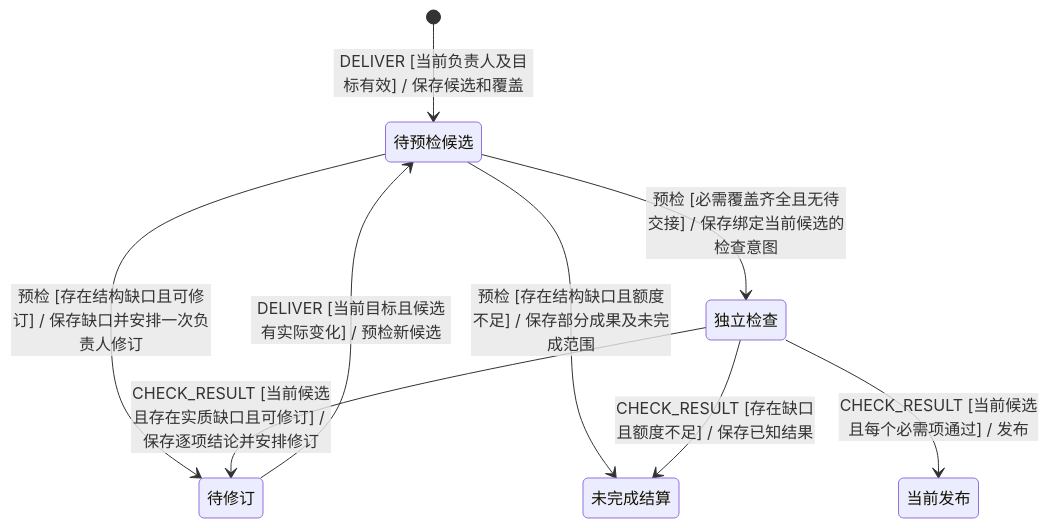
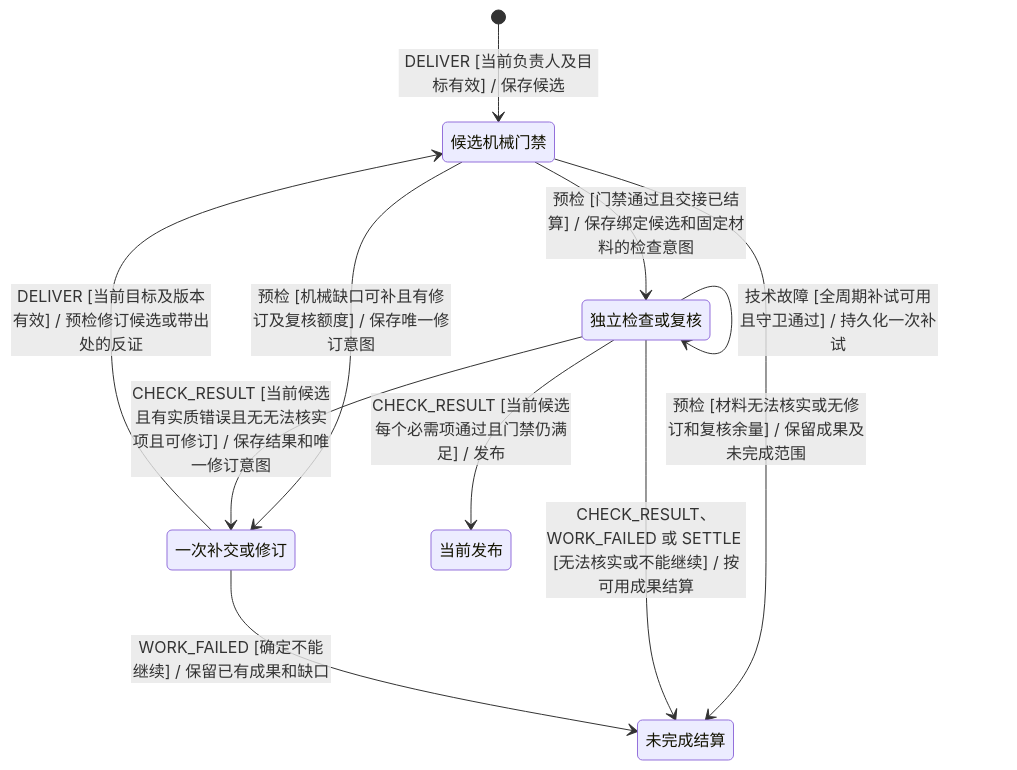
Before and after one commit to kejun/squad: diagram 12 of 43 in docs/state-diagrams.md, drawn with Mermaid. The commit also changed other lines of this file and 93 other files, not shown here.

````diff
--- a/docs/state-diagrams.md
+++ b/docs/state-diagrams.md
@@ -278,16 +278,18 @@
 ```mermaid
 stateDiagram-v2
-    state "待预检候选" as Candidate
-    state "待修订" as Revision
-    state "独立检查" as Check
+    state "候选机械门禁" as Candidate
+    state "一次补交或修订" as Revision
+    state "独立检查或复核" as Check
     state "当前发布" as Published
     state "未完成结算" as Incomplete
-    [*] --> Candidate: DELIVER [当前负责人及目标有效] / 保存候选和覆盖
-    Candidate --> Revision: 预检 [存在结构缺口且可修订] / 保存缺口并安排一次负责人修订
-    Candidate --> Incomplete: 预检 [存在结构缺口且额度不足] / 保存部分成果及未完成范围
-    Candidate --> Check: 预检 [必需覆盖齐全且无待交接] / 保存绑定当前候选的检查意图
-    Check --> Revision: CHECK_RESULT [当前候选且存在实质缺口且可修订] / 保存逐项结论并安排修订
-    Check --> Published: CHECK_RESULT [当前候选且每个必需项通过] / 发布
-    Check --> Incomplete: CHECK_RESULT [存在缺口且额度不足] / 保存已知结果
-    Revision --> Candidate: DELIVER [当前目标且候选有实际变化] / 预检新候选
+    [*] --> Candidate: DELIVER [当前负责人及目标有效] / 保存候选
+    Candidate --> Revision: 预检 [机械缺口可补且有修订及复核额度] / 保存唯一修订意图
+    Candidate --> Incomplete: 预检 [材料无法核实或无修订和复核余量] / 保留成果及未完成范围
+    Candidate --> Check: 预检 [门禁通过且交接已结算] / 保存绑定候选和固定材料的检查意图
+    Check --> Check: 技术故障 [全周期补试可用且守卫通过] / 持久化一次补试
+    Check --> Revision: CHECK_RESULT [当前候选且有实质错误且无无法核实项且可修订] / 保存结果和唯一修订意图
+    Check --> Published: CHECK_RESULT [当前候选每个必需项通过且门禁仍满足] / 发布
+    Check --> Incomplete: CHECK_RESULT、WORK_FAILED 或 SETTLE [无法核实或不能继续] / 按可用成果结算
+    Revision --> Candidate: DELIVER [当前目标及版本有效] / 预检修订候选或带出处的反证
+    Revision --> Incomplete: WORK_FAILED [确定不能继续] / 保留已有成果和缺口
 ```
````
